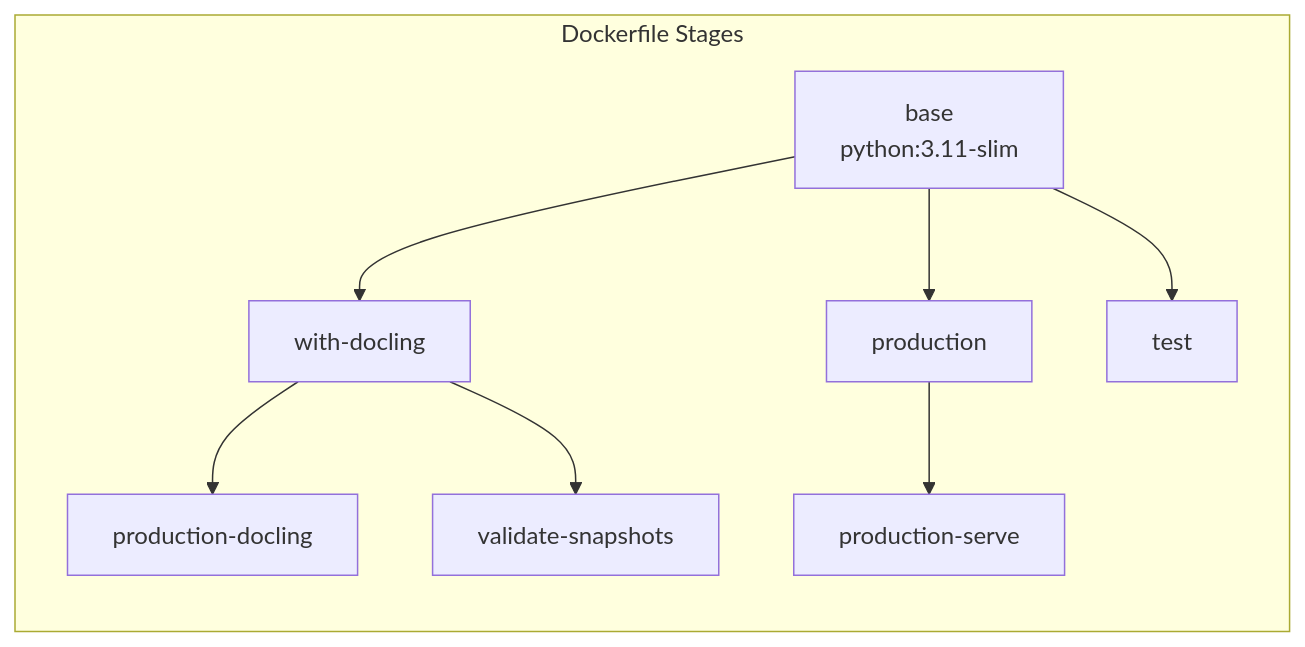
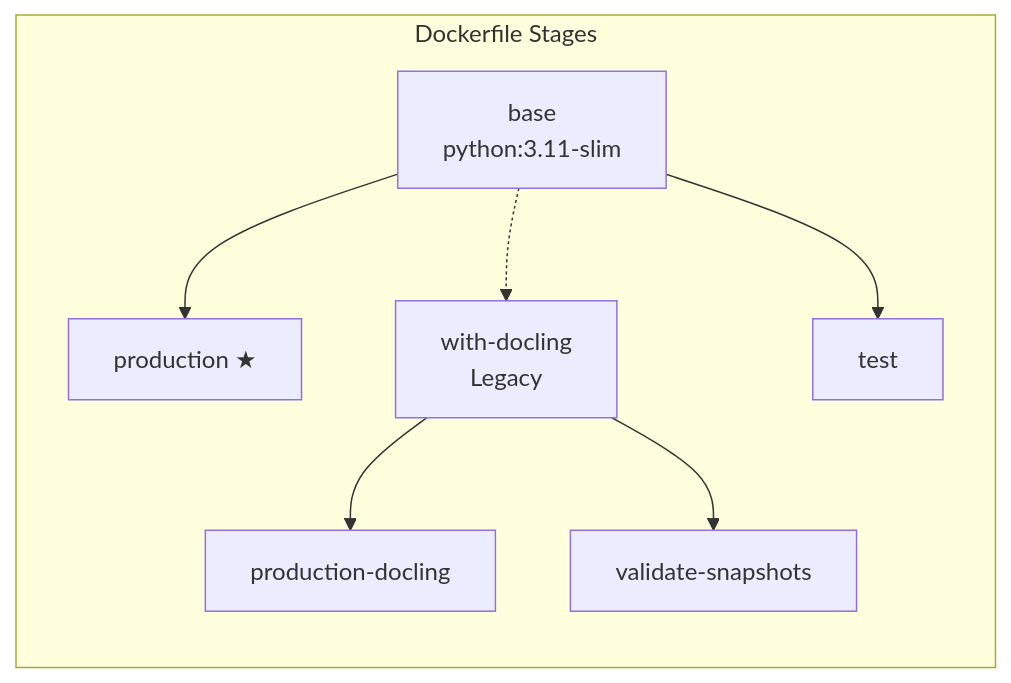
Before and after one commit to A11yDevs/acessilia-structure-extractor: the fifth of 7 diagrams in docs/uml/architecture.md, drawn with Mermaid. The commit also changed other lines of this file and 22 other files, not shown here.

````diff
--- a/docs/uml/architecture.md
+++ b/docs/uml/architecture.md
@@ -278,21 +278,18 @@
 ```mermaid
 graph LR
     subgraph "Dockerfile Stages"
         BASE[base<br/>python:3.11-slim]
-        PROD[production]
-        WITH_DOCLING[with-docling]
+        PROD[production ★]
+        WITH_DOCLING[with-docling<br/>Legacy]
         PROD_DOCLING[production-docling]
-        PROD_SERVE[production-serve]
         TEST_STAGE[test]
         VAL_STAGE[validate-snapshots]
     end
 
     BASE --> PROD
-    BASE --> WITH_DOCLING
+    BASE -.-> WITH_DOCLING
     BASE --> TEST_STAGE
 
     WITH_DOCLING --> PROD_DOCLING
     WITH_DOCLING --> VAL_STAGE
-
-    PROD --> PROD_SERVE
 ```
````
